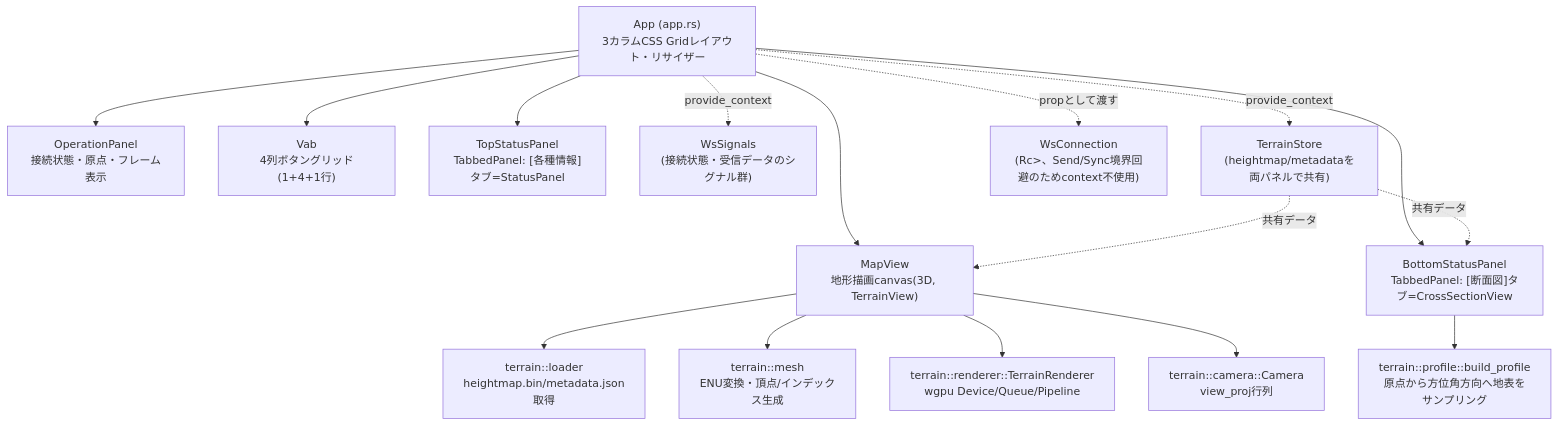
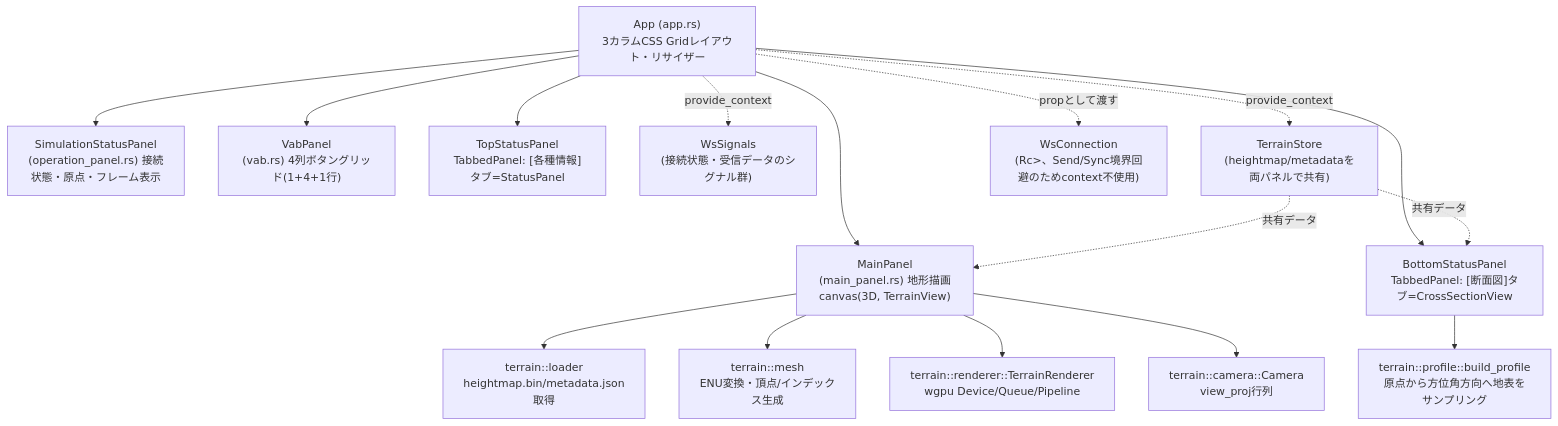
Before and after one commit to ham1a6/SimulationView: the ninth of 15 diagrams in DETAILED_DESIGN.md, drawn with Mermaid. The commit also changed other lines of this file and 11 other files, not shown here.

````diff
--- a/DETAILED_DESIGN.md
+++ b/DETAILED_DESIGN.md
@@ -612,21 +612,21 @@
 ```mermaid
 graph TD
     App["App (app.rs)<br/>3カラムCSS Gridレイアウト・リサイザー"]
-    App --> OperationPanel["OperationPanel<br/>接続状態・原点・フレーム表示"]
-    App --> Vab["Vab<br/>4列ボタングリッド(1+4+1行)"]
-    App --> MapView["MapView<br/>地形描画canvas(3D, TerrainView)"]
+    App --> SimulationStatusPanel["SimulationStatusPanel<br/>(operation_panel.rs) 接続状態・原点・フレーム表示"]
+    App --> VabPanel["VabPanel<br/>(vab.rs) 4列ボタングリッド(1+4+1行)"]
+    App --> MainPanel["MainPanel<br/>(main_panel.rs) 地形描画canvas(3D, TerrainView)"]
     App --> TopStatusPanel["TopStatusPanel<br/>TabbedPanel: [各種情報]タブ=StatusPanel"]
     App --> BottomStatusPanel["BottomStatusPanel<br/>TabbedPanel: [断面図]タブ=CrossSectionView"]
 
     App -.provide_context.-> WsSignals["WsSignals<br/>(接続状態・受信データのシグナル群)"]
     App -.provide_context.-> TerrainStore["TerrainStore<br/>(heightmap/metadataを両パネルで共有)"]
     App -.propとして渡す.-> WsConnection["WsConnection<br/>(Rc<RefCell<...>>、Send/Sync境界回避のためcontext不使用)"]
 
-    MapView --> Loader["terrain::loader<br/>heightmap.bin/metadata.json取得"]
-    MapView --> Mesh["terrain::mesh<br/>ENU変換・頂点/インデックス生成"]
-    MapView --> Renderer["terrain::renderer::TerrainRenderer<br/>wgpu Device/Queue/Pipeline"]
-    MapView --> Camera["terrain::camera::Camera<br/>view_proj行列"]
+    MainPanel --> Loader["terrain::loader<br/>heightmap.bin/metadata.json取得"]
+    MainPanel --> Mesh["terrain::mesh<br/>ENU変換・頂点/インデックス生成"]
+    MainPanel --> Renderer["terrain::renderer::TerrainRenderer<br/>wgpu Device/Queue/Pipeline"]
+    MainPanel --> Camera["terrain::camera::Camera<br/>view_proj行列"]
     BottomStatusPanel --> Profile["terrain::profile::build_profile<br/>原点から方位角方向へ地表をサンプリング"]
-    TerrainStore -.共有データ.-> MapView
+    TerrainStore -.共有データ.-> MainPanel
     TerrainStore -.共有データ.-> BottomStatusPanel
 ```
````
